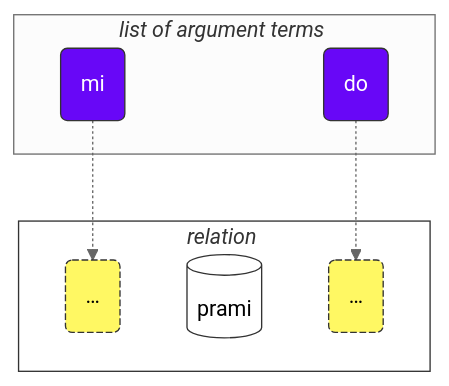
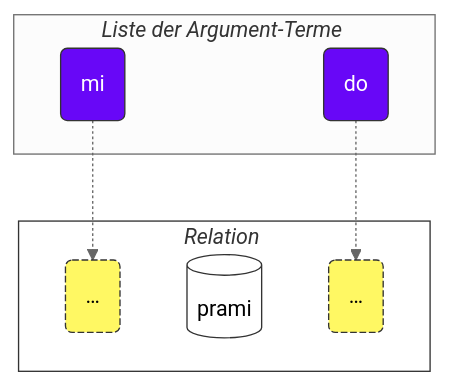
The second of 2 diagrams in data/pages/de/books/learn-lojban/!1.md (La-Lojban/lojban.pw), drawn with Mermaid (neutral theme) before and after one commit. The commit also changed other lines of this file and 12 other files, not shown here.

````diff
--- a/data/pages/de/books/learn-lojban/!1.md
+++ b/data/pages/de/books/learn-lojban/!1.md
@@ -232,29 +233,29 @@
 ```mermaid
 flowchart TB
     %%common settings
-    subgraph bridi["<i>relation</i>#nbsp;"]
+    subgraph bridi["<i>Relation</i>#nbsp;"]
         x1("…")
         selbri
         x2("…")
     end
-    subgraph sumti["<i>list of argument terms</i>#nbsp;"]
+    subgraph sumti["<i>Liste der Argument-Terme</i>#nbsp;"]
         s1-.->x1
         s2-.->x2
     end
     classDef s fill:#6807F7,stroke:#333,stroke-width:1px,color:#fff;
     class s1 s;
     class s2 s;
     classDef x fill:#FFF863,stroke:#333,stroke-width:1px,stroke-dasharray: 5 2;
     class x1 x;
     class x2 x;
     classDef blabi fill:#fff,stroke:#333;
     class selbri blabi;
     class bridi blabi;
 
     %% input your sumti:
     s1(mi)
     s2(do)
     %% input your selbri
     selbri[(prami)]
 
 ```
````
